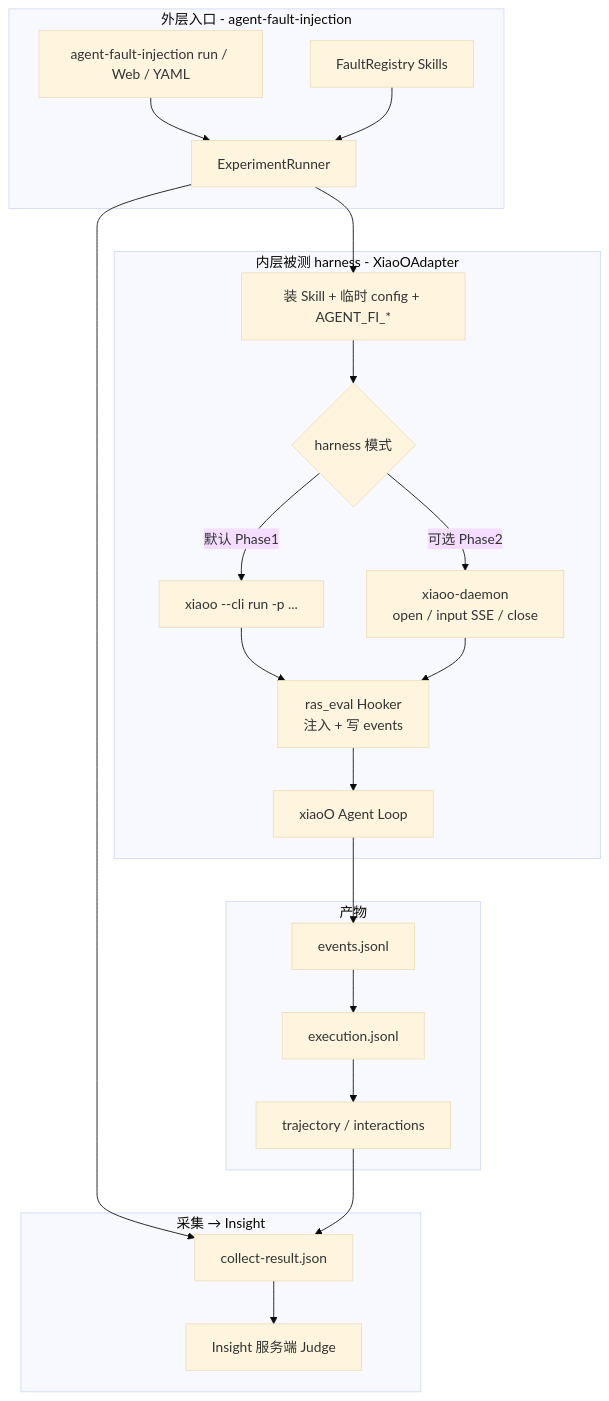
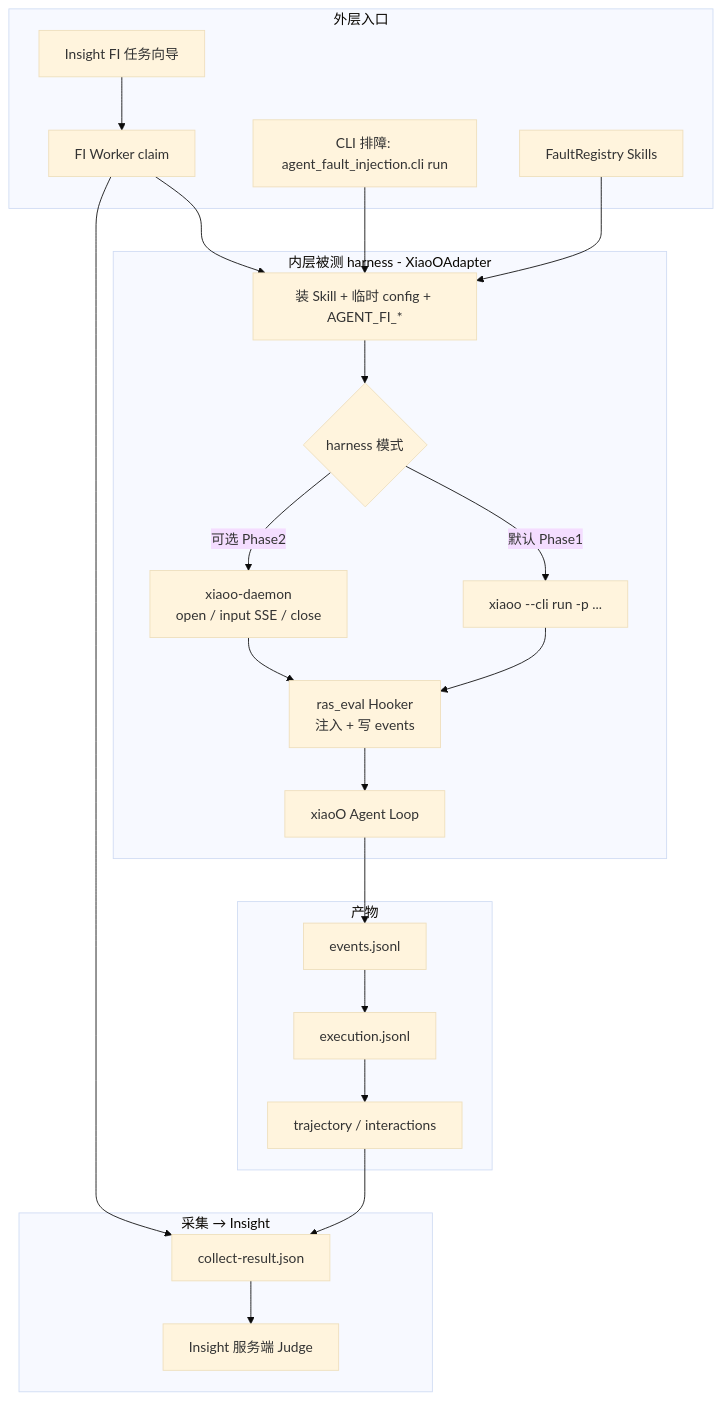
One commit to openeuler-mirror/agent-insight changed the first of 4 diagrams in docs/agent-fault-injection/designs/xiaoo-platform-adaptation.md. Above: the diagram before and after it, drawn with Mermaid (base theme). The commit also changed other lines of this file and 34 other files, not shown here.

````diff
--- a/docs/agent-fault-injection/designs/xiaoo-platform-adaptation.md
+++ b/docs/agent-fault-injection/designs/xiaoo-platform-adaptation.md
@@ -38,40 +38,43 @@
 ```mermaid
 flowchart TB
-  subgraph outer [外层入口 - agent-fault-injection]
-    CLI["agent-fault-injection run / Web / YAML"]
-    Runner[ExperimentRunner]
+  subgraph outer [外层入口]
+    UI["Insight FI 任务向导"]
+    Worker[FI Worker claim]
+    CLI["CLI 排障: agent_fault_injection.cli run"]
     Faults[FaultRegistry Skills]
   end
 
   subgraph harness [内层被测 harness - XiaoOAdapter]
     Prep["装 Skill + 临时 config + AGENT_FI_*"]
     Choice{harness 模式}
     CliRun["xiaoo --cli run -p ..."]
     Daemon["xiaoo-daemon<br/>open / input SSE / close"]
     Hook[ras_eval Hooker<br/>注入 + 写 events]
     Loop[xiaoO Agent Loop]
   end
 
   subgraph artifacts [产物]
     Events[events.jsonl]
     Exec[execution.jsonl]
     Traj[trajectory / interactions]
   end
 
   subgraph collect [采集 → Insight]
     Payload[collect-result.json]
     InsightJudge[Insight 服务端 Judge]
   end
 
-  CLI --> Runner
-  Faults --> Runner
-  Runner --> Prep --> Choice
+  UI --> Worker
+  CLI --> Prep
+  Worker --> Prep
+  Faults --> Prep
+  Prep --> Choice
   Choice -->|默认 Phase1| CliRun
   Choice -->|可选 Phase2| Daemon
   CliRun --> Hook
   Daemon --> Hook
   Hook --> Loop
   Loop --> Events --> Exec --> Traj
-  Runner --> Payload --> InsightJudge
+  Worker --> Payload --> InsightJudge
   Traj --> Payload
 ```
````
